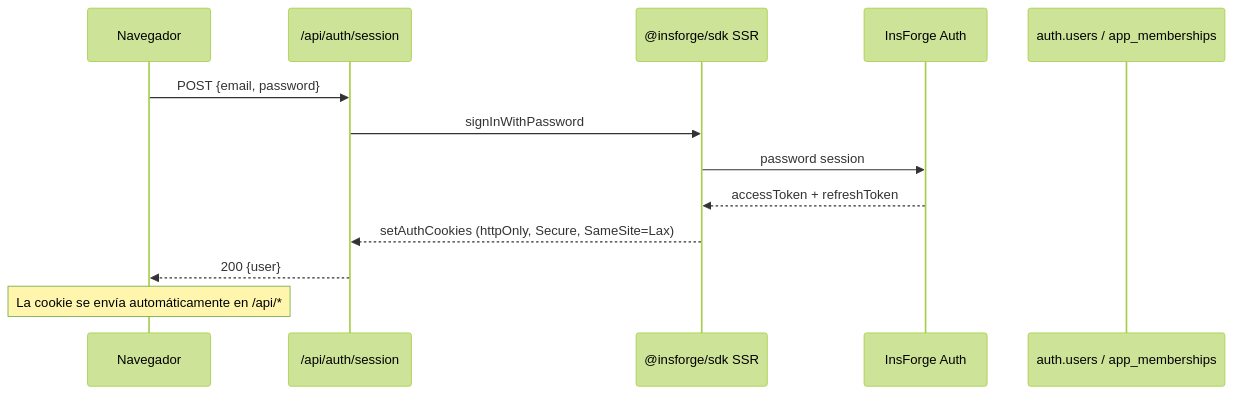
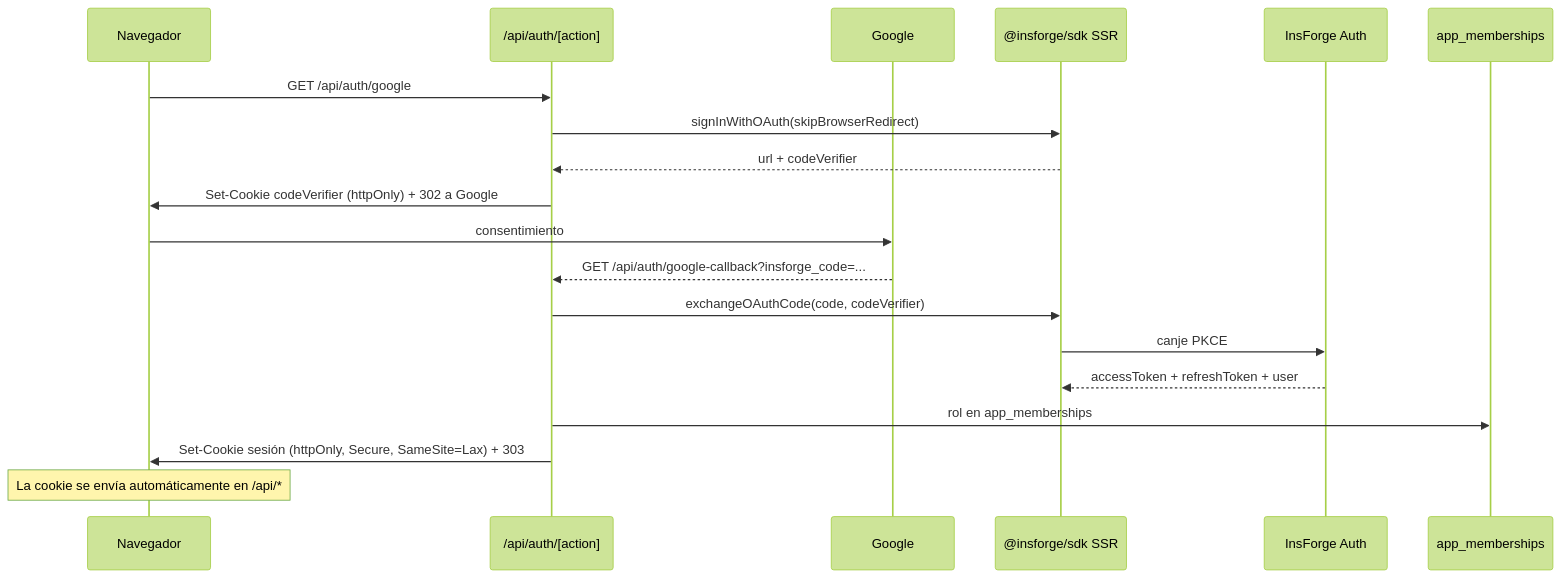
The second of 3 diagrams in docs/architecture.md (DotIdk14/cancelaciones-ai), drawn with Mermaid (forest theme) before and after one commit. The commit also changed other lines of this file and 74 other files, not shown here.

````diff
--- a/docs/architecture.md
+++ b/docs/architecture.md
@@ -137,16 +136,22 @@
 ```mermaid
 sequenceDiagram
   participant B as Navegador
-  participant S as /api/auth/session
+  participant S as /api/auth/[action]
+  participant G as Google
   participant SDK as @insforge/sdk SSR
   participant IF as InsForge Auth
-  participant DB as auth.users / app_memberships
+  participant DB as app_memberships
 
-  B->>S: POST {email, password}
-  S->>SDK: signInWithPassword
-  SDK->>IF: password session
-  IF-->>SDK: accessToken + refreshToken
-  SDK-->>S: setAuthCookies (httpOnly, Secure, SameSite=Lax)
-  S-->>B: 200 {user}
+  B->>S: GET /api/auth/google
+  S->>SDK: signInWithOAuth(skipBrowserRedirect)
+  SDK-->>S: url + codeVerifier
+  S->>B: Set-Cookie codeVerifier (httpOnly) + 302 a Google
+  B->>G: consentimiento
+  G-->>S: GET /api/auth/google-callback?insforge_code=...
+  S->>SDK: exchangeOAuthCode(code, codeVerifier)
+  SDK->>IF: canje PKCE
+  IF-->>SDK: accessToken + refreshToken + user
+  S->>DB: rol en app_memberships
+  S->>B: Set-Cookie sesión (httpOnly, Secure, SameSite=Lax) + 303
   Note over B: La cookie se envía automáticamente en /api/*
 ```
````
